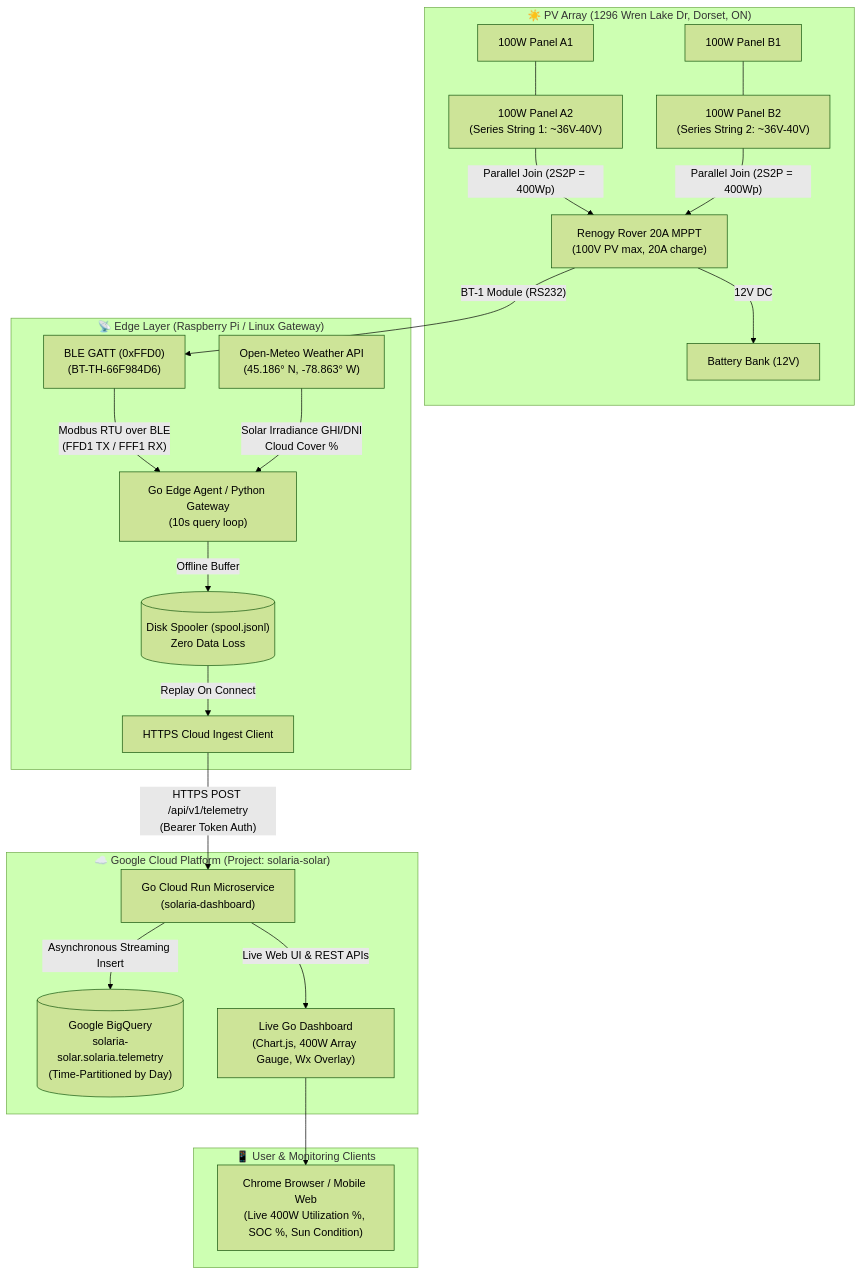
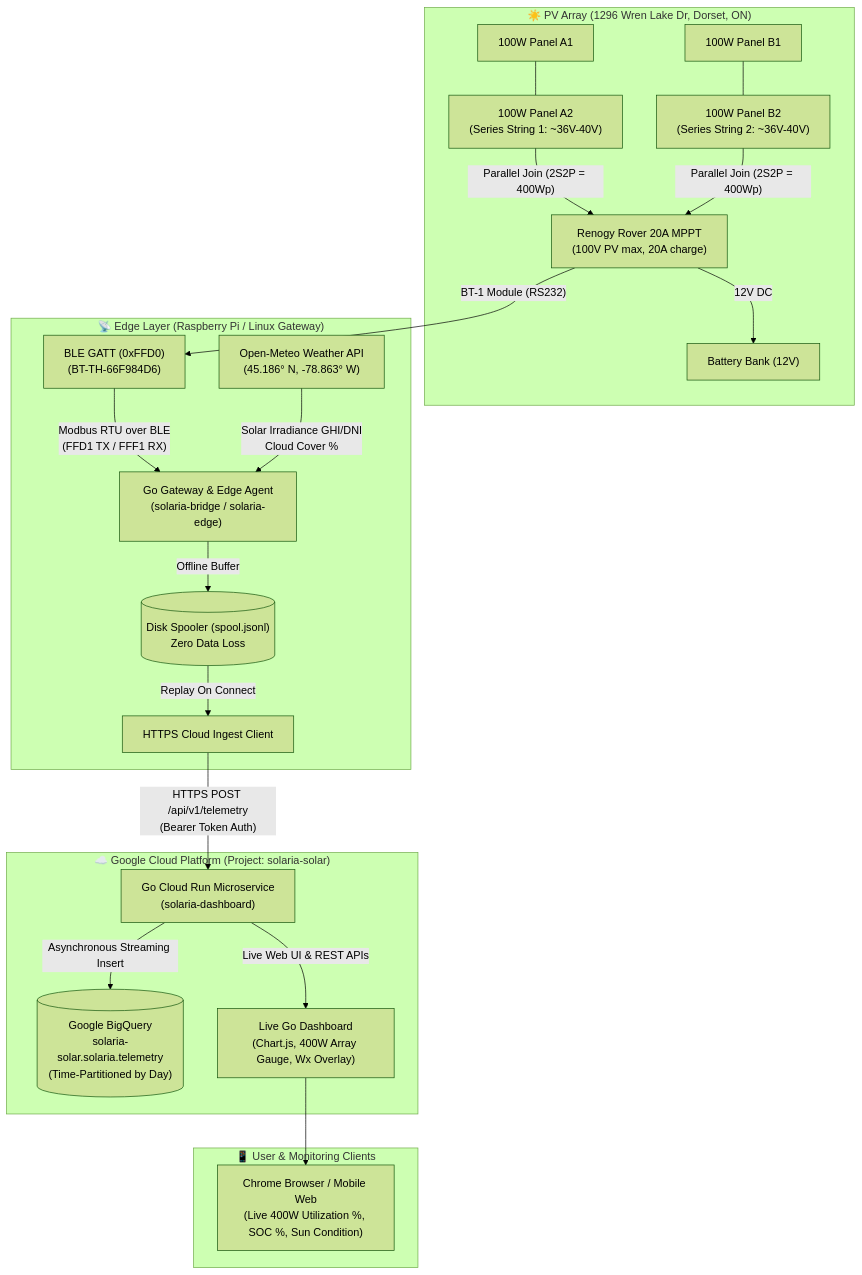
The diagram in README.md (fkcurrie/solaria), drawn with Mermaid (forest theme) before and after one commit. The commit also changed 14 other files, not shown here.

Commit message:
feat: Migrate entire edge gateway & cloud infrastructure to 100% pure Golang

````diff
--- a/README.md
+++ b/README.md
@@ -9,28 +9,28 @@
 ```mermaid
 flowchart TD
     subgraph Array["☀️ PV Array (1296 Wren Lake Dr, Dorset, ON)"]
         P1["100W Panel A1"] --- P2["100W Panel A2\n(Series String 1: ~36V-40V)"]
         P3["100W Panel B1"] --- P4["100W Panel B2\n(Series String 2: ~36V-40V)"]
         P2 -->|"Parallel Join (2S2P = 400Wp)"| Rover["Renogy Rover 20A MPPT\n(100V PV max, 20A charge)"]
         P4 -->|"Parallel Join (2S2P = 400Wp)"| Rover
         Rover -->|"12V DC"| Batt["Battery Bank (12V)"]
     end
 
     subgraph Edge["📡 Edge Layer (Raspberry Pi / Linux Gateway)"]
         Rover -->|"BT-1 Module (RS232)"| BT["BLE GATT (0xFFD0)\n(BT-TH-66F984D6)"]
-        BT -->|"Modbus RTU over BLE\n(FFD1 TX / FFF1 RX)"| Agent["Go Edge Agent / Python Gateway\n(10s query loop)"]
+        BT -->|"Modbus RTU over BLE\n(FFD1 TX / FFF1 RX)"| Agent["Go Gateway & Edge Agent\n(solaria-bridge / solaria-edge)"]
         Weather["Open-Meteo Weather API\n(45.186° N, -78.863° W)"] -->|"Solar Irradiance GHI/DNI\nCloud Cover %"| Agent
         Agent -->|"Offline Buffer"| Spooler[("Disk Spooler (spool.jsonl)\nZero Data Loss")]
         Spooler -->|"Replay On Connect"| Uploader["HTTPS Cloud Ingest Client"]
     end
 
     subgraph GCP["☁️ Google Cloud Platform (Project: solaria-solar)"]
         Uploader -->|"HTTPS POST /api/v1/telemetry\n(Bearer Token Auth)"| CloudRun["Go Cloud Run Microservice\n(solaria-dashboard)"]
         CloudRun -->|"Asynchronous Streaming Insert"| BigQuery[("Google BigQuery\nsolaria-solar.solaria.telemetry\n(Time-Partitioned by Day)")]
         CloudRun -->|"Live Web UI & REST APIs"| Dashboard["Live Go Dashboard\n(Chart.js, 400W Array Gauge, Wx Overlay)"]
     end
 
     subgraph User["📱 User & Monitoring Clients"]
         Dashboard --> Browser["Chrome Browser / Mobile Web\n(Live 400W Utilization %, SOC %, Sun Condition)"]
     end
 ```
````
